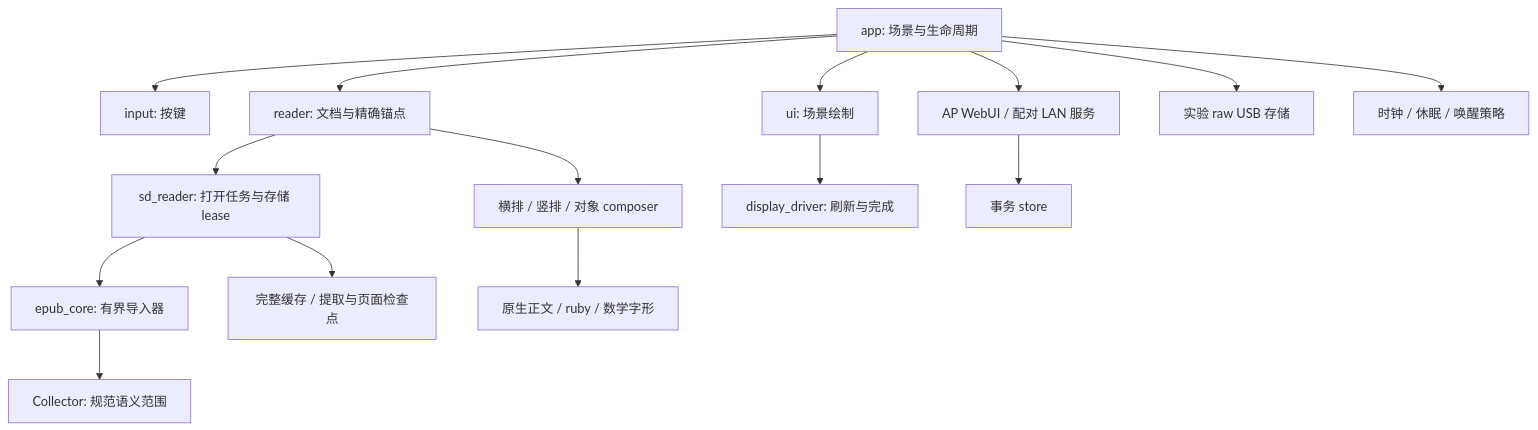
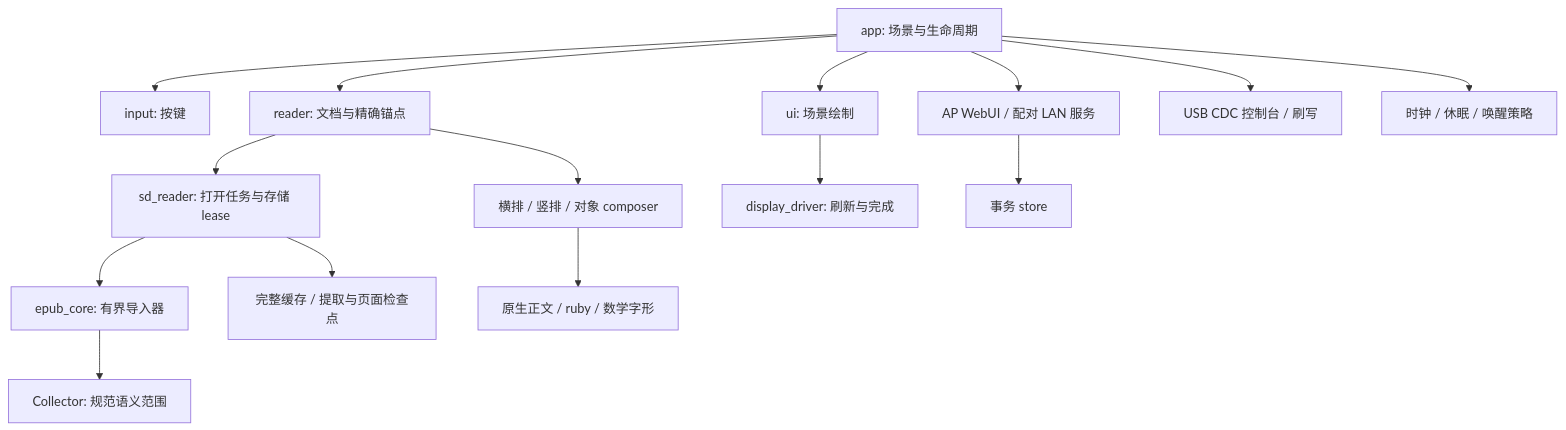
Before and after one commit to nenipresotReta/paperdiy-reader: the diagram in docs/architecture-and-implementation.zh-CN.md, drawn with Mermaid. The commit also changed other lines of this file and 13 other files, not shown here.

````diff
--- a/docs/architecture-and-implementation.zh-CN.md
+++ b/docs/architecture-and-implementation.zh-CN.md
@@ -13,17 +13,17 @@
 ```mermaid
 flowchart TD
     App[app: 场景与生命周期] --> Input[input: 按键]
     App --> Reader[reader: 文档与精确锚点]
     App --> UI[ui: 场景绘制]
     UI --> Display[display_driver: 刷新与完成]
     Reader --> Open[sd_reader: 打开任务与存储 lease]
     Open --> Import[epub_core: 有界导入器]
     Import --> Structure[Collector: 规范语义范围]
     Reader --> Layout[横排 / 竖排 / 对象 composer]
     Layout --> Fonts[原生正文 / ruby / 数学字形]
     Open --> Cache[完整缓存 / 提取与页面检查点]
     App --> Network[AP WebUI / 配对 LAN 服务]
     Network --> Delivery[事务 store]
-    App --> USB[实验 raw USB 存储]
+    App --> USB[USB CDC 控制台 / 刷写]
     App --> Power[时钟 / 休眠 / 唤醒策略]
 ```
````
